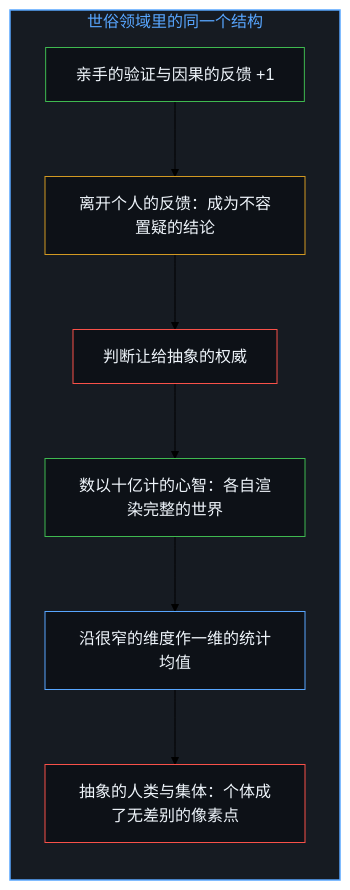
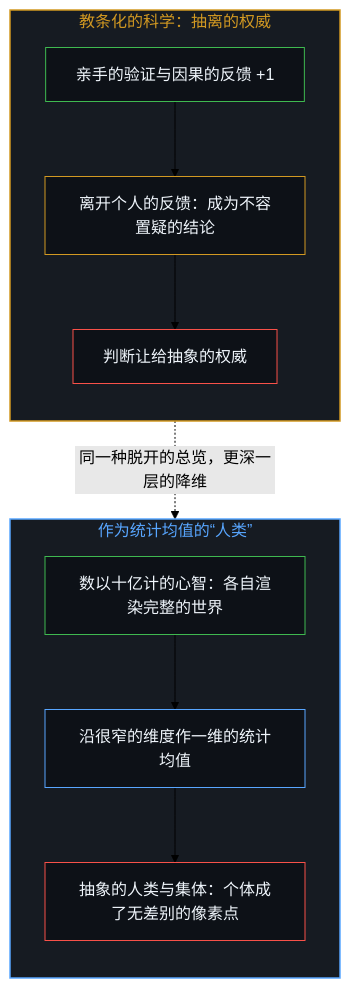
One commit to powerpig99/not-a-toe changed the fifth of 12 diagrams in content/posts/the-origin-of-god-and-the-flattening-of-we.md. Above: the diagram before and after it, drawn with Mermaid (forest theme). The commit also changed other lines of this file and 3 other files, not shown here.

````diff
--- a/content/posts/the-origin-of-god-and-the-flattening-of-we.md
+++ b/content/posts/the-origin-of-god-and-the-flattening-of-we.md
@@ -129,25 +125,28 @@
 ```mermaid
 flowchart TD
-    subgraph S_Mean["世俗领域里的同一个结构"]
+    subgraph S_Science["教条化的科学：抽离的权威"]
         direction TB
         Verify["亲手的验证与因果的反馈 +1"]
         Textbook["离开个人的反馈：成为不容置疑的结论"]
         Authority["判断让给抽象的权威"]
+        Verify --> Textbook
+        Textbook --> Authority
+    end
+    subgraph S_Mean["作为统计均值的“人类”"]
+        direction TB
         Minds["数以十亿计的心智：各自渲染完整的世界"]
         Average["沿很窄的维度作一维的统计均值"]
         Pixel["抽象的人类与集体：个体成了无差别的像素点"]
-        Verify --> Textbook
-        Textbook --> Authority
         Minds --> Average
         Average --> Pixel
-        Authority --> Minds
     end
-
+    S_Science -.->|"同一种脱开的总览，更深一层的降维"| S_Mean
+    style S_Science fill:#161b22,stroke:#d29922,stroke-width:1.5px,color:#d29922
     style S_Mean fill:#161b22,stroke:#58a6ff,stroke-width:1.5px,color:#58a6ff
     style Verify fill:#0d1117,stroke:#3fb950,stroke-width:1px,color:#f0f6fc
     style Textbook fill:#0d1117,stroke:#d29922,stroke-width:1px,color:#f0f6fc
     style Authority fill:#0d1117,stroke:#f85149,stroke-width:1px,color:#f0f6fc
     style Minds fill:#0d1117,stroke:#3fb950,stroke-width:1px,color:#f0f6fc
     style Average fill:#0d1117,stroke:#58a6ff,stroke-width:1px,color:#f0f6fc
     style Pixel fill:#0d1117,stroke:#f85149,stroke-width:1px,color:#f0f6fc
 ```
````
